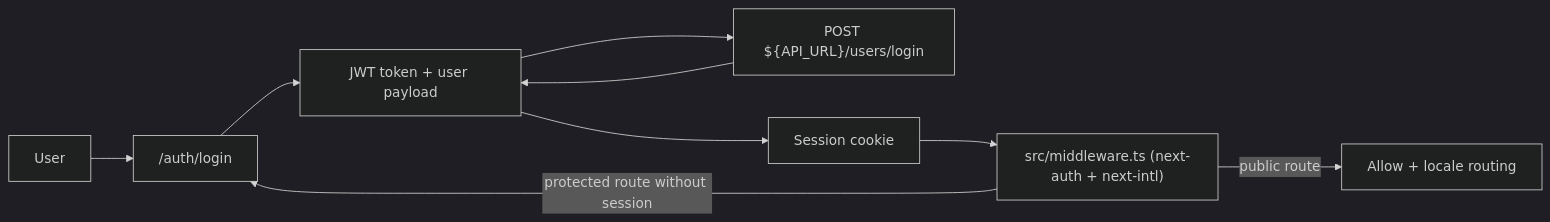
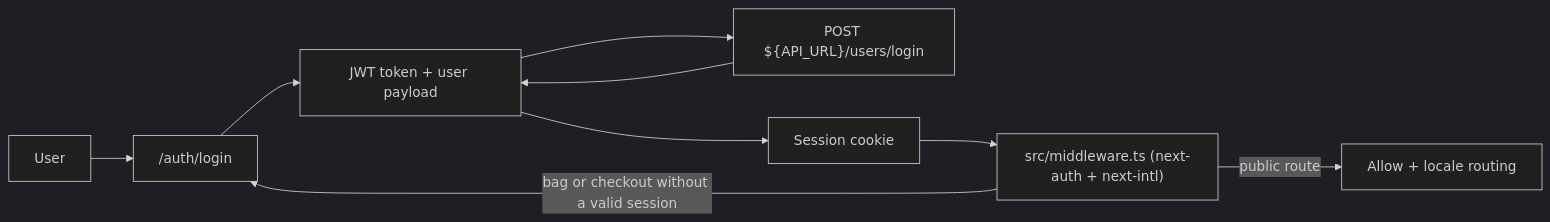
Before and after one commit to Shamsmedhat/fashion-e-commerce-frontend: the third of 3 diagrams in README.md, drawn with Mermaid (dark theme). The commit also changed other lines of this file and 5 other files, not shown here.

````diff
--- a/README.md
+++ b/README.md
@@ -204,11 +245,11 @@
 ```mermaid
 flowchart LR
   User --> LoginPage["/auth/login"]
   LoginPage --> NextAuth["NextAuth Credentials Provider"]
   NextAuth --> API["POST ${API_URL}/users/login"]
   API --> NextAuth["JWT token + user payload"]
   NextAuth --> Browser["Session cookie"]
   Browser --> Middleware["src/middleware.ts (next-auth + next-intl)"]
   Middleware -->|public route| PublicPage["Allow + locale routing"]
-  Middleware -->|protected route without session| LoginPage
+  Middleware -->|bag or checkout without a valid session| LoginPage
 ```
````
